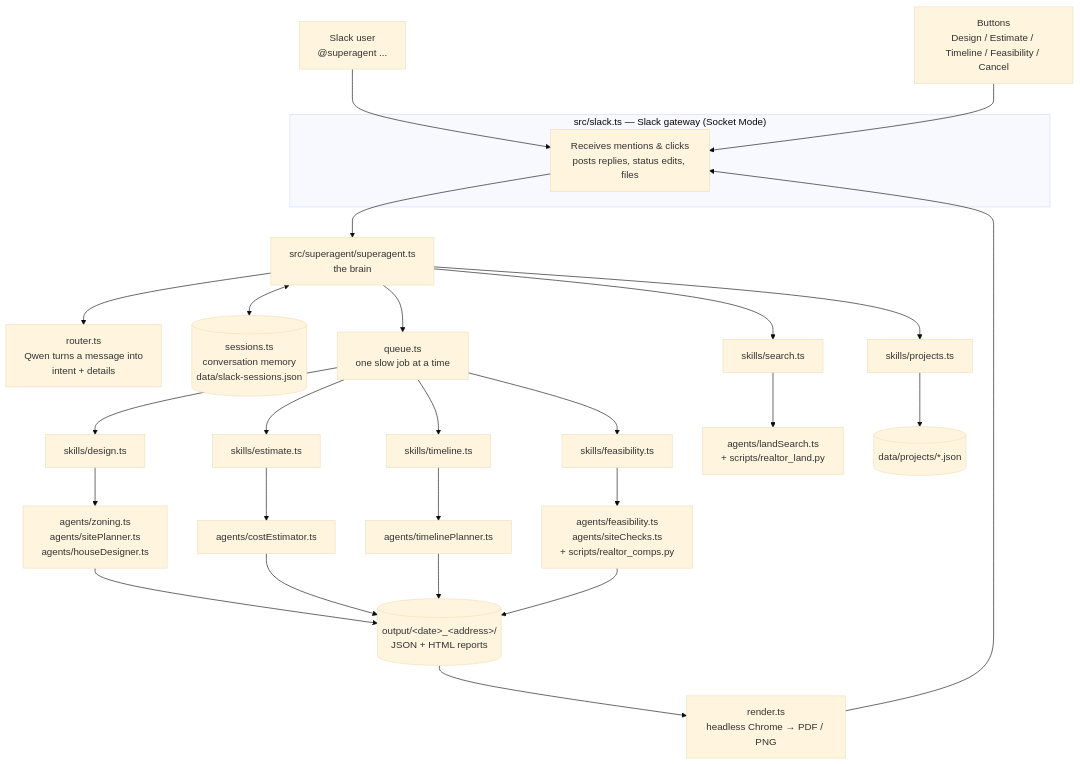
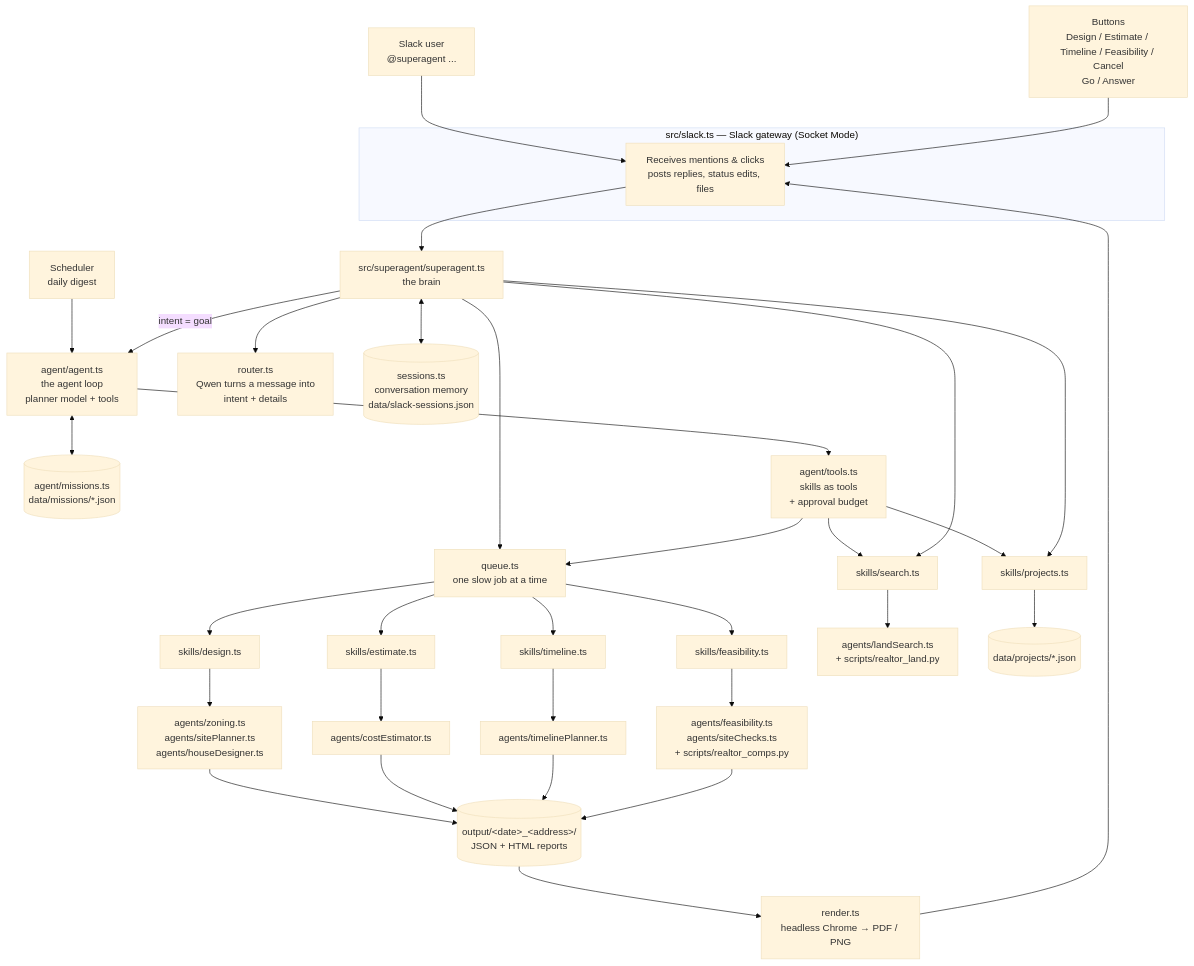
The diagram in README.md (strapidinnovation/construction-agent), drawn with Mermaid (base theme) before and after one commit. The commit also changed other lines of this file and 14 other files, not shown here.

````diff
--- a/README.md
+++ b/README.md
@@ -38,32 +48,38 @@
 ```mermaid
 flowchart TB
   U[Slack user<br/>@superagent ...] --> G
-  B[Buttons<br/>Design / Estimate / Timeline / Feasibility / Cancel] --> G
+  B[Buttons<br/>Design / Estimate / Timeline / Feasibility / Cancel<br/>Go / Answer] --> G
+  T[Scheduler<br/>daily digest] --> AG
 
   subgraph Bot["src/slack.ts — Slack gateway (Socket Mode)"]
     G[Receives mentions & clicks<br/>posts replies, status edits, files]
   end
 
   G --> S[src/superagent/superagent.ts<br/>the brain]
   S --> R[router.ts<br/>Qwen turns a message into<br/>intent + details]
   S <--> M[(sessions.ts<br/>conversation memory<br/>data/slack-sessions.json)]
   S --> Q[queue.ts<br/>one slow job at a time]
+  S -->|intent = goal| AG[agent/agent.ts<br/>the agent loop<br/>planner model + tools]
+  AG <--> MI[(agent/missions.ts<br/>data/missions/*.json)]
+  AG --> TL[agent/tools.ts<br/>skills as tools<br/>+ approval budget]
+  TL --> K1 & K6
+  TL --> Q
 
   S --> K1[skills/search.ts]
   S --> K6[skills/projects.ts]
   Q --> K2[skills/design.ts]
   Q --> K3[skills/estimate.ts]
   Q --> K4[skills/timeline.ts]
   Q --> K5[skills/feasibility.ts]
 
   K1 --> A1[agents/landSearch.ts<br/>+ scripts/realtor_land.py]
   K2 --> A2[agents/zoning.ts<br/>agents/sitePlanner.ts<br/>agents/houseDesigner.ts]
   K3 --> A3[agents/costEstimator.ts]
   K4 --> A4[agents/timelinePlanner.ts]
   K5 --> A5[agents/feasibility.ts<br/>agents/siteChecks.ts<br/>+ scripts/realtor_comps.py]
   K6 --> D1[(data/projects/*.json)]
 
   A2 & A3 & A4 & A5 --> O[(output/&lt;date&gt;_&lt;address&gt;/<br/>JSON + HTML reports)]
   O --> P[render.ts<br/>headless Chrome → PDF / PNG]
   P --> G
 ```
````
